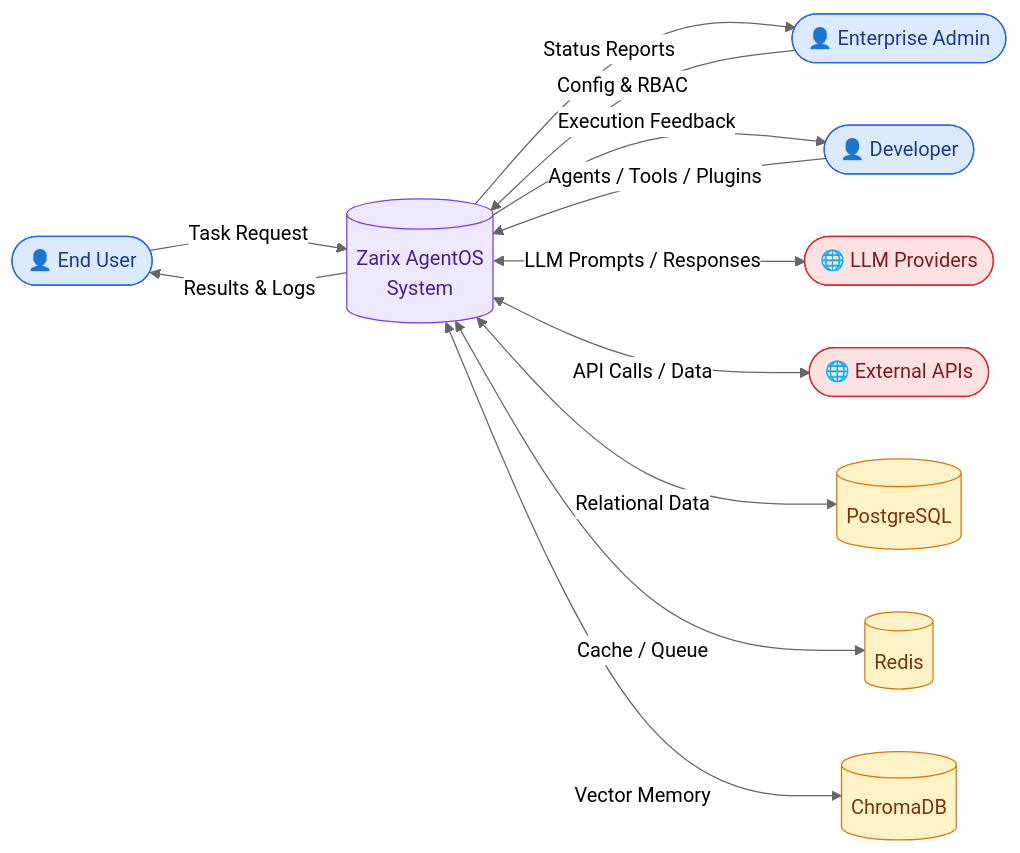
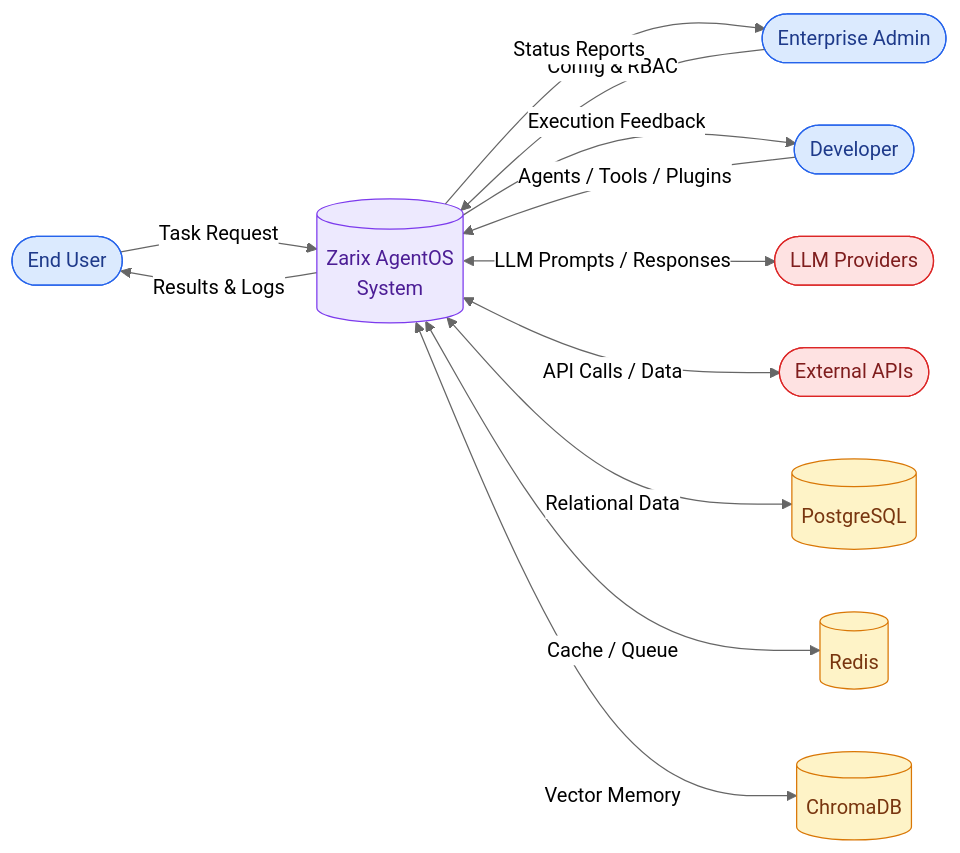
One commit to zainsardar-tech/zarix-agentos changed the first of 2 diagrams in docs/data-flow-diagram.md. Above: the diagram before and after it, drawn with Mermaid (neutral theme). The commit also changed other lines of this file and 9 other files, not shown here.

Commit message:
fix diagram alignment and formatting

````diff
--- a/docs/data-flow-diagram.md
+++ b/docs/data-flow-diagram.md
@@ -21,42 +21,42 @@
 ```mermaid
 flowchart LR
-    %% External Entities
-    User([👤 End User])
-    Admin([👤 Enterprise Admin])
-    Dev([👤 Developer])
-    LLM([🌐 LLM Providers])
-    Ext([🌐 External APIs])
+  %% External Entities
+  User([ End User])
+  Admin([ Enterprise Admin])
+  Dev([ Developer])
+  LLM([ LLM Providers])
+  Ext([ External APIs])
 
-    %% Single Process
-    System[("Zarix AgentOS<br/>System")]
+  %% Single Process
+  System[("Zarix AgentOS<br/>System")]
 
-    %% Data Stores
-    DS1[(PostgreSQL)]
-    DS2[(Redis)]
-    DS3[(ChromaDB)]
+  %% Data Stores
+  DS1[(PostgreSQL)]
+  DS2[(Redis)]
+  DS3[(ChromaDB)]
 
-    %% Flows
-    User -->|Task Request| System
-    System -->|Results & Logs| User
-    Admin -->|Config & RBAC| System
-    System -->|Status Reports| Admin
-    Dev -->|Agents / Tools / Plugins| System
-    System -->|Execution Feedback| Dev
+  %% Flows
+  User -->|Task Request| System
+  System -->|Results & Logs| User
+  Admin -->|Config & RBAC| System
+  System -->|Status Reports| Admin
+  Dev -->|Agents / Tools / Plugins| System
+  System -->|Execution Feedback| Dev
 
-    System <-->|LLM Prompts / Responses| LLM
-    System <-->|API Calls / Data| Ext
+  System <-->|LLM Prompts / Responses| LLM
+  System <-->|API Calls / Data| Ext
 
-    System <-->|Relational Data| DS1
-    System <-->|Cache / Queue| DS2
-    System <-->|Vector Memory| DS3
+  System <-->|Relational Data| DS1
+  System <-->|Cache / Queue| DS2
+  System <-->|Vector Memory| DS3
 
-    classDef entity fill:#DBEAFE,stroke:#2563EB,color:#1E3A8A
-    classDef proc fill:#EDE9FE,stroke:#7C3AED,color:#4C1D95
-    classDef store fill:#FEF3C7,stroke:#D97706,color:#78350F
-    classDef ext fill:#FEE2E2,stroke:#DC2626,color:#7F1D1D
+  classDef entity fill:#DBEAFE,stroke:#2563EB,color:#1E3A8A
+  classDef proc fill:#EDE9FE,stroke:#7C3AED,color:#4C1D95
+  classDef store fill:#FEF3C7,stroke:#D97706,color:#78350F
+  classDef ext fill:#FEE2E2,stroke:#DC2626,color:#7F1D1D
 
-    class User,Admin,Dev entity
-    class System proc
-    class DS1,DS2,DS3 store
-    class LLM,Ext ext
+  class User,Admin,Dev entity
+  class System proc
+  class DS1,DS2,DS3 store
+  class LLM,Ext ext
 ```
````
